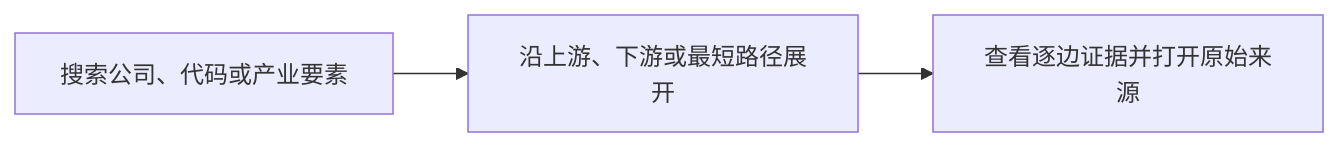
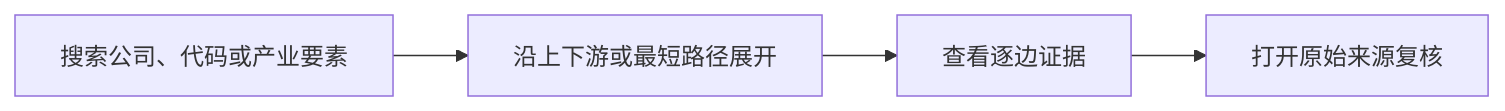
One commit to judefluen-coder/ai-chaingraph changed the first of 3 diagrams in README.md. Above: the diagram before and after it, drawn with Mermaid. The commit also changed other lines of this file and 1 other file, not shown here.

````diff
--- a/README.md
+++ b/README.md
@@ -55,5 +51,6 @@
 ```mermaid
 flowchart LR
-    A["搜索公司、代码或产业要素"] --> B["沿上游、下游或最短路径展开"]
-    B --> C["查看逐边证据并打开原始来源"]
+    A["搜索公司、代码或产业要素"] --> B["沿上下游或最短路径展开"]
+    B --> C["查看逐边证据"]
+    C --> D["打开原始来源复核"]
 ```
````
